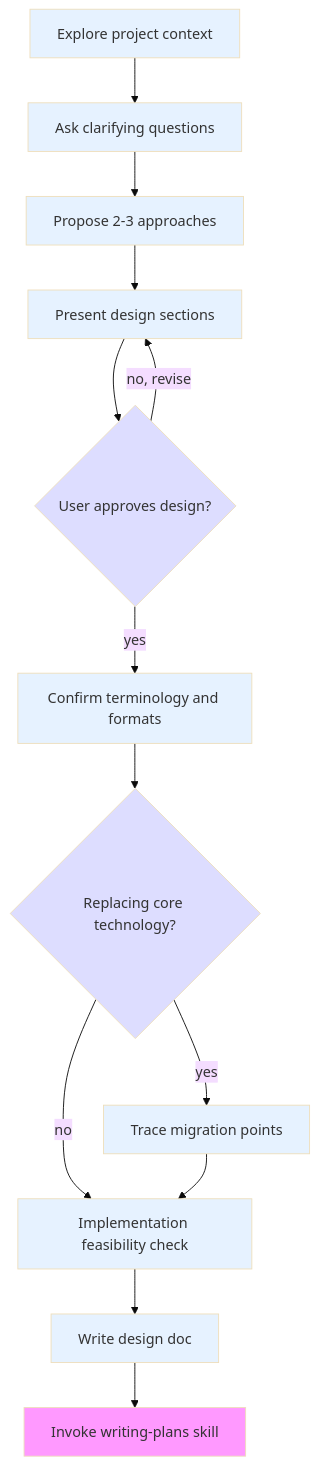
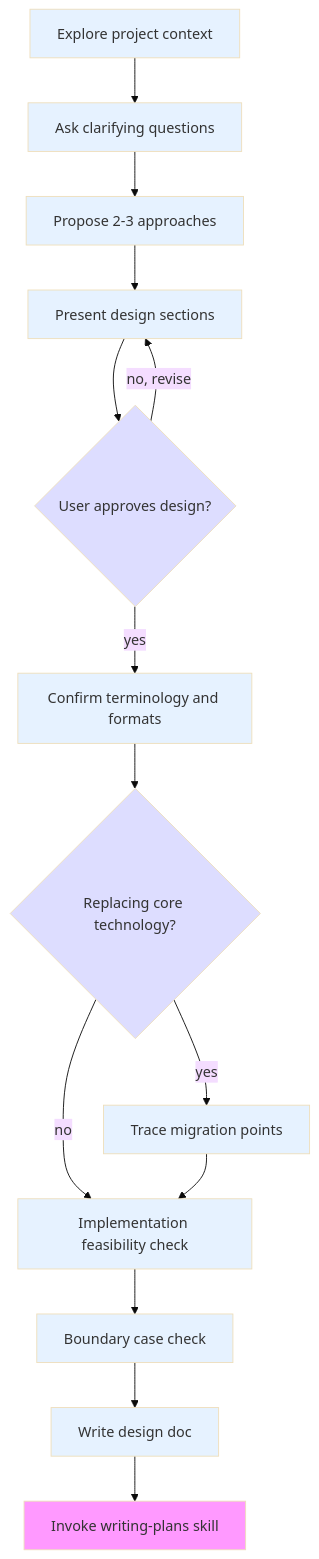
Before and after one commit to Ts-sound/superpowers: the diagram in skills/brainstorming/SKILL.md, drawn with Mermaid (base theme). The commit also changed other lines of this file and 2 other files, not shown here.

First line of the commit message:
refactor(skills): add boundary case checks and debug cleanup to development workflow

````diff
--- a/skills/brainstorming/SKILL.md
+++ b/skills/brainstorming/SKILL.md
@@ -43,23 +43,24 @@
 ```mermaid
 graph TD
     A["Explore project context"] --> B["Ask clarifying questions"];
     B --> C["Propose 2-3 approaches"];
     C --> D["Present design sections"];
     D --> E{"User approves design?"};
     E -->|no, revise| D;
     E -->|yes| F["Confirm terminology and formats"];
     F --> G{"Replacing core technology?"};
     G -->|yes| H["Trace migration points"];
     G -->|no| I["Implementation feasibility check"];
     H --> I;
-    I --> J["Write design doc"];
-    J --> K["Invoke writing-plans skill"];
+    I --> J["Boundary case check"];
+    J --> K["Write design doc"];
+    K --> L["Invoke writing-plans skill"];
 
     classDef endnode fill:#f9f;
     classDef decision fill:#ddf;
     classDef process fill:#e6f2ff;
 
-    class K endnode;
+    class L endnode;
     class E,G decision;
-    class A,B,C,D,F,H,I,J process;
+    class A,B,C,D,F,H,I,J,K process;
 ```
````
